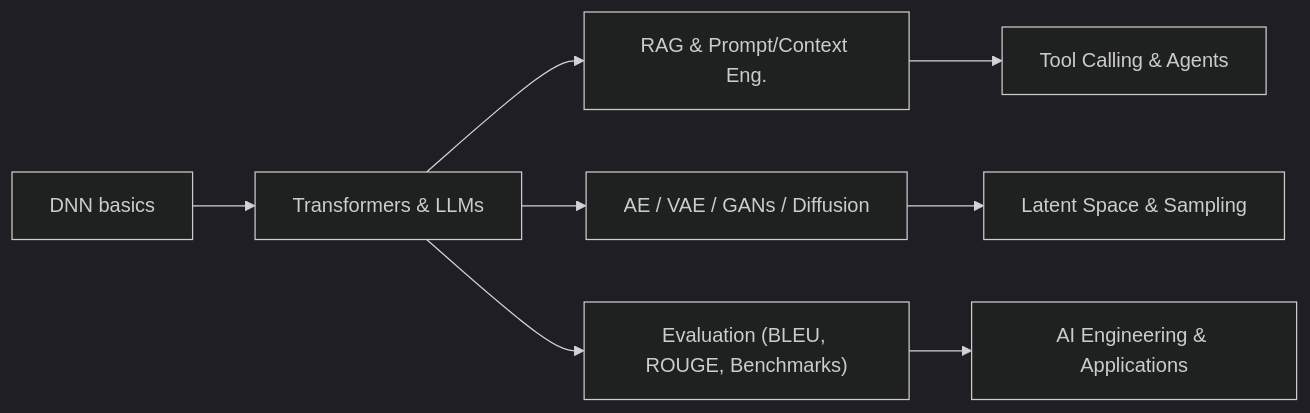
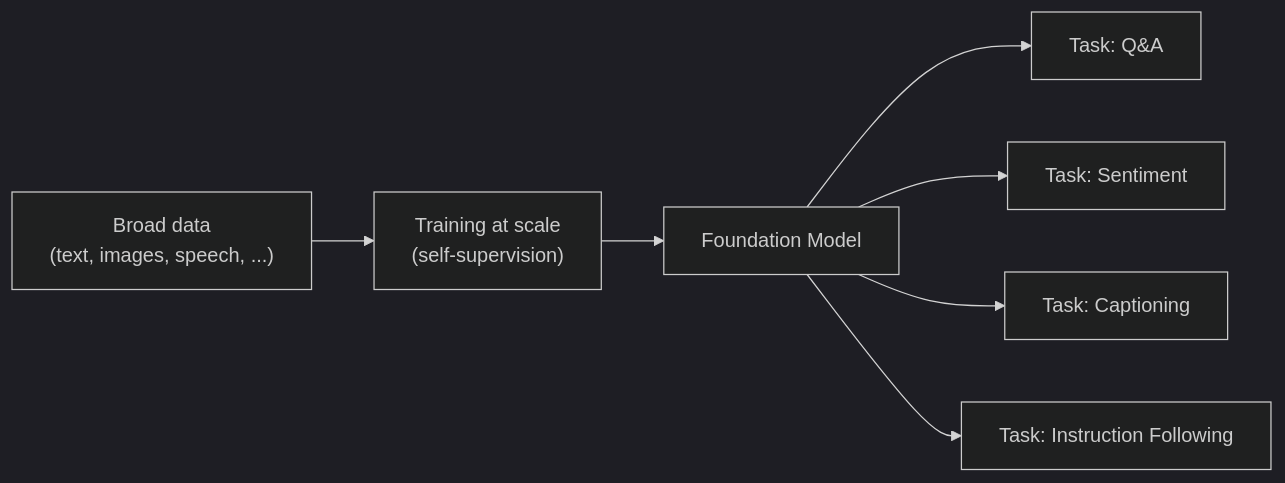
Before and after one commit to Traenqui/bsc-informatik-fh-ost: the second of 4 diagrams in generative-ai/notes/01-intro.md, drawn with Mermaid (dark theme). The commit also changed other lines of this file and 12 other files, not shown here.

````diff
--- a/generative-ai/notes/01-intro.md
+++ b/generative-ai/notes/01-intro.md
@@ -71,10 +149,9 @@
 ```mermaid
 flowchart LR
-  DNN[DNN basics] --> LLM[Transformers & LLMs]
-  LLM --> RAG[RAG & Prompt/Context Eng.]
-  RAG --> AGENTS[Tool Calling & Agents]
-  LLM --> GENMODELS[AE / VAE / GANs / Diffusion]
-  GENMODELS --> LATENT[Latent Space & Sampling]
-  LLM --> EVAL["Evaluation (BLEU, ROUGE, Benchmarks)"]
-  EVAL --> APP[AI Engineering & Applications]
+  D["Broad data\n(text, images, speech, ...)"] --> T["Training at scale\n(self-supervision)"]
+  T --> FM[Foundation Model]
+  FM --> A1[Task: Q&A]
+  FM --> A2[Task: Sentiment]
+  FM --> A3[Task: Captioning]
+  FM --> A4[Task: Instruction Following]
 ```
````
